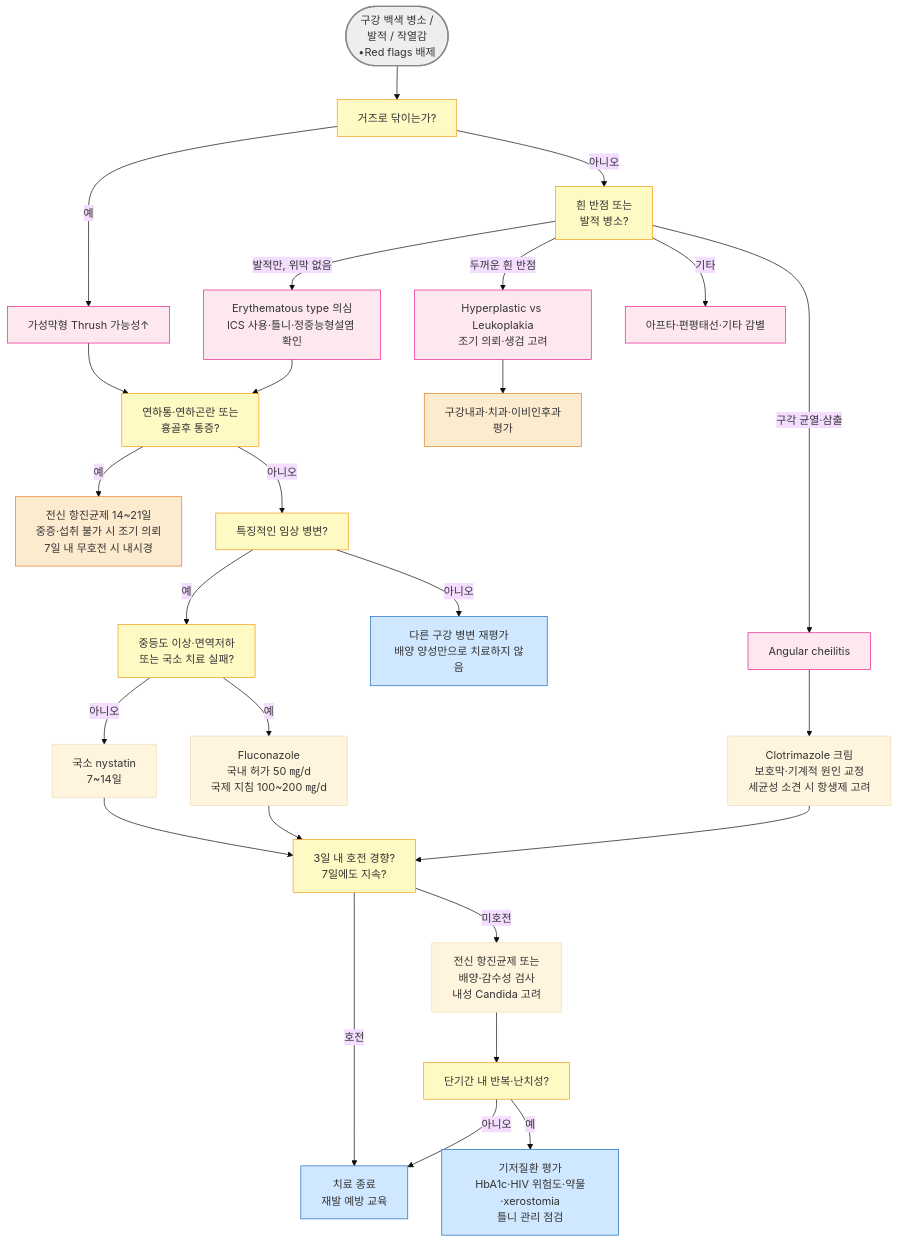
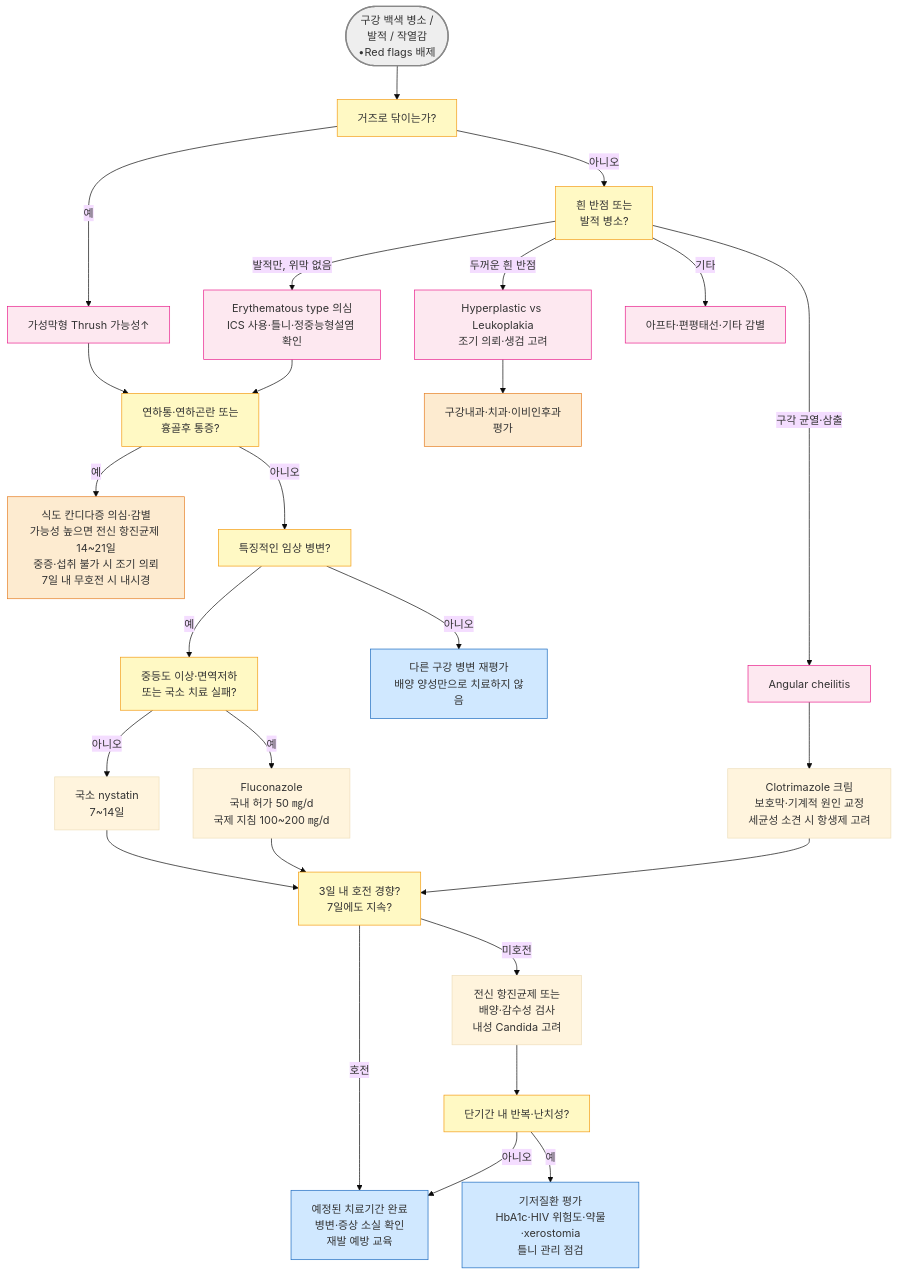
The diagram in 222_/055_-oral-candidiasis.md (familyoh77/familyoh77), drawn with Mermaid (base theme) before and after one commit. The commit also changed other lines of this file and 3 other files, not shown here.

````diff
--- a/222_/055_-oral-candidiasis.md
+++ b/222_/055_-oral-candidiasis.md
@@ -106,38 +106,38 @@
 ```mermaid
 flowchart TD
     A([구강 백색 병소 / <br/>발적 / 작열감<br/>•Red flags 배제]) --> B[거즈로 닦이는가?]
     B -- 예 --> C[가성막형 Thrush 가능성↑]
     B -- 아니오 --> D[흰 반점 또는<br/>발적 병소?]
     D -- 두꺼운 흰 반점 --> E[Hyperplastic vs Leukoplakia<br/>조기 의뢰·생검 고려]
     D -- 발적만, 위막 없음 --> H[Erythematous type 의심<br/>ICS 사용·틀니·정중능형설염 확인]
     D -- 구각 균열·삼출 --> G[Angular cheilitis]
     D -- 기타 --> Z[아프타·편평태선·기타 감별]
     C --> I[연하통·연하곤란 또는<br/>흉골후 통증?]
     H --> I
-    I -- 예 --> J[전신 항진균제 14~21일<br/>중증·섭취 불가 시 조기 의뢰<br/>7일 내 무호전 시 내시경]
+    I -- 예 --> J[식도 칸디다증 의심·감별<br/>가능성 높으면 전신 항진균제 14~21일<br/>중증·섭취 불가 시 조기 의뢰<br/>7일 내 무호전 시 내시경]
     I -- 아니오 --> K[특징적인 임상 병변?]
     K -- 아니오 --> N[다른 구강 병변 재평가<br/>배양 양성만으로 치료하지 않음]
     K -- 예 --> O[중등도 이상·면역저하<br/>또는 국소 치료 실패?]
     O -- 아니오 --> P[국소 nystatin<br/>7~14일]
     O -- 예 --> Q[Fluconazole<br/>국내 허가 50 ㎎/d<br/>국제 지침 100~200 ㎎/d]
     P --> R[3일 내 호전 경향?<br/>7일에도 지속?]
     Q --> R
-    R -- 호전 --> S[치료 종료<br/>재발 예방 교육]
+    R -- 호전 --> S[예정된 치료기간 완료<br/>병변·증상 소실 확인<br/>재발 예방 교육]
     R -- 미호전 --> T[전신 항진균제 또는<br/>배양·감수성 검사<br/>내성 Candida 고려]
     T --> U[단기간 내 반복·난치성?]
     U -- 예 --> V[기저질환 평가<br/>HbA1c·HIV 위험도·약물·xerostomia<br/>틀니 관리 점검]
     U -- 아니오 --> S
     G --> W[Clotrimazole 크림<br/>보호막·기계적 원인 교정<br/>세균성 소견 시 항생제 고려]
     W --> R
     E --> X[구강내과·치과·이비인후과<br/>평가]
 
 style A fill:#eeeeee,stroke:#888888,stroke-width:2px
 classDef orange fill:#fdebd0,stroke:#e67e22
 class J,X orange
 classDef yellow fill:#fff9c4,stroke:#f39c12
 class B,D,I,K,O,R,U yellow
 classDef blue fill:#d0e8ff,stroke:#1a6abf
 class N,S,V blue
 classDef pink fill:#fde8f0,stroke:#e91e8c
 class G,H,Z,C,E pink
 ```
````
